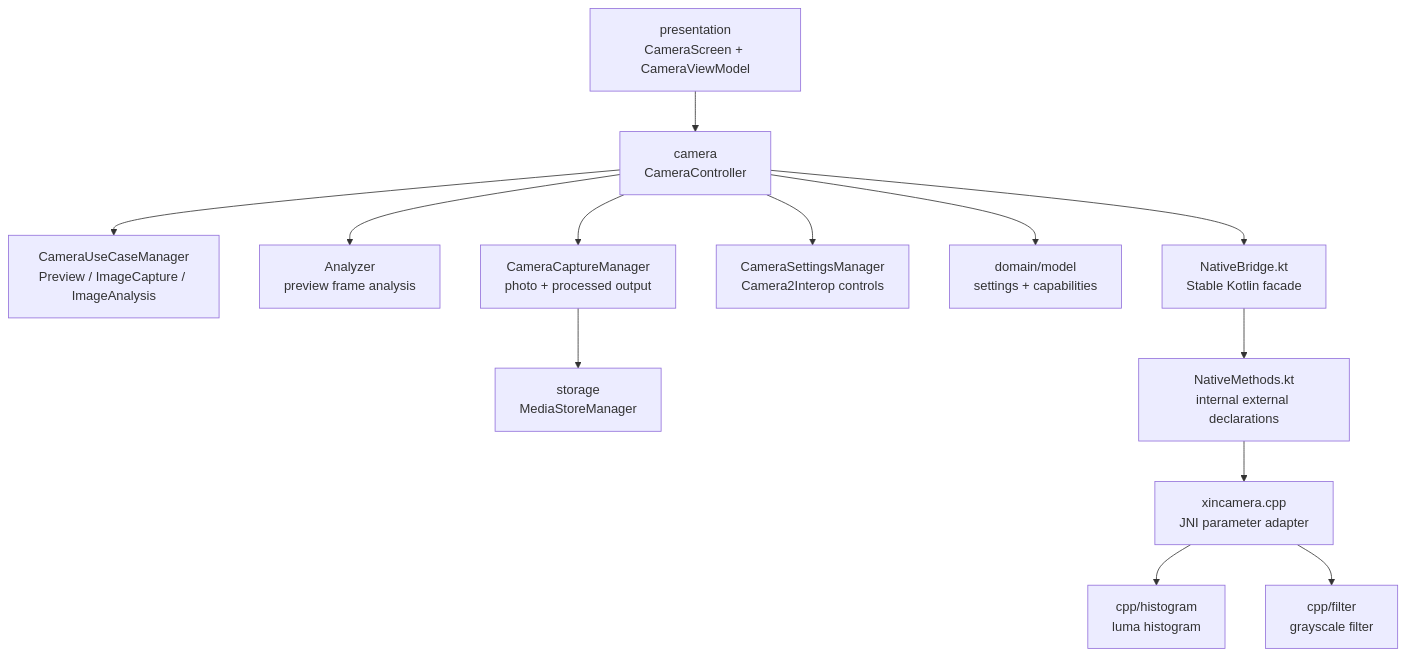
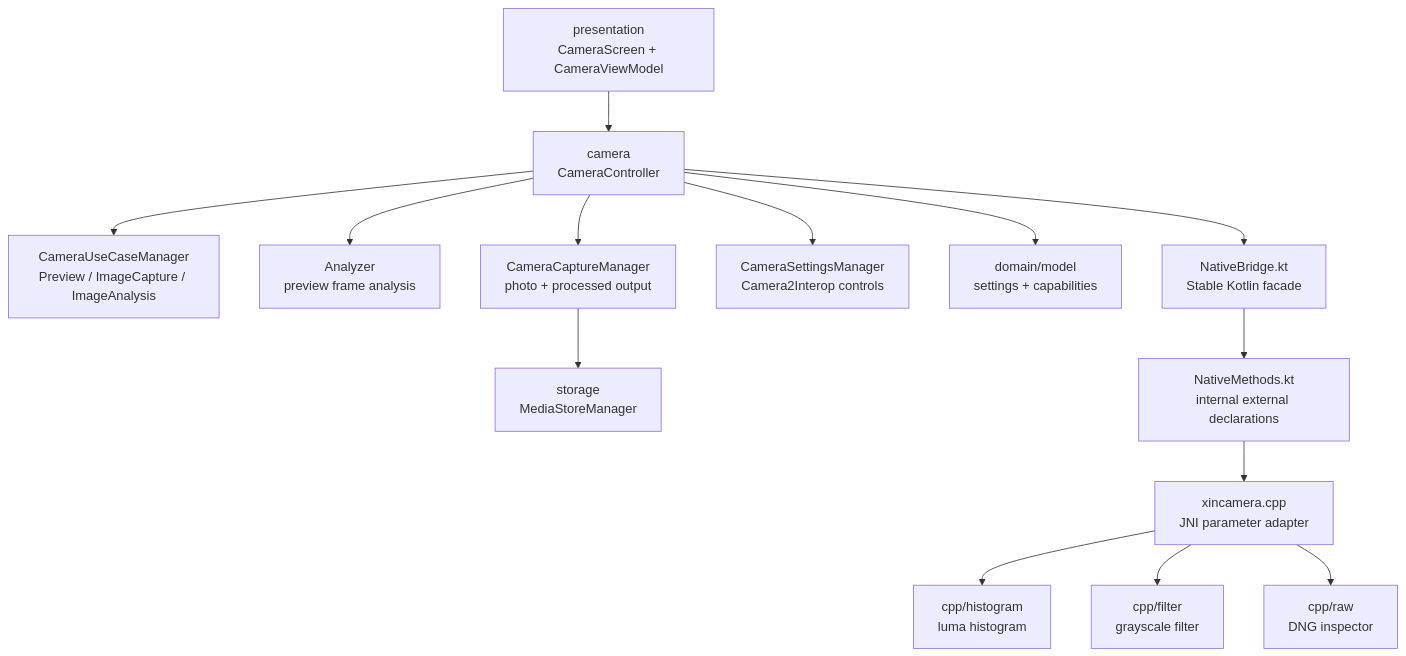
One commit to Akiha678/XinCamera changed the diagram in README.md. Above: the diagram before and after it, drawn with Mermaid. The commit also changed other lines of this file and 24 other files, not shown here.

````diff
--- a/README.md
+++ b/README.md
@@ -38,15 +38,16 @@
 ```mermaid
 flowchart TD
     UI["presentation<br/>CameraScreen + CameraViewModel"] --> Controller["camera<br/>CameraController"]
     Controller --> UseCases["CameraUseCaseManager<br/>Preview / ImageCapture / ImageAnalysis"]
     Controller --> Analyzer["Analyzer<br/>preview frame analysis"]
     Controller --> Capture["CameraCaptureManager<br/>photo + processed output"]
     Controller --> Settings["CameraSettingsManager<br/>Camera2Interop controls"]
     Controller --> Domain["domain/model<br/>settings + capabilities"]
     Capture --> Storage["storage<br/>MediaStoreManager"]
     Controller --> Bridge["NativeBridge.kt<br/>Stable Kotlin facade"]
     Bridge --> Methods["NativeMethods.kt<br/>internal external declarations"]
     Methods --> Jni["xincamera.cpp<br/>JNI parameter adapter"]
     Jni --> Histogram["cpp/histogram<br/>luma histogram"]
     Jni --> Filter["cpp/filter<br/>grayscale filter"]
+    Jni --> Raw["cpp/raw<br/>DNG inspector"]
 ```
````
